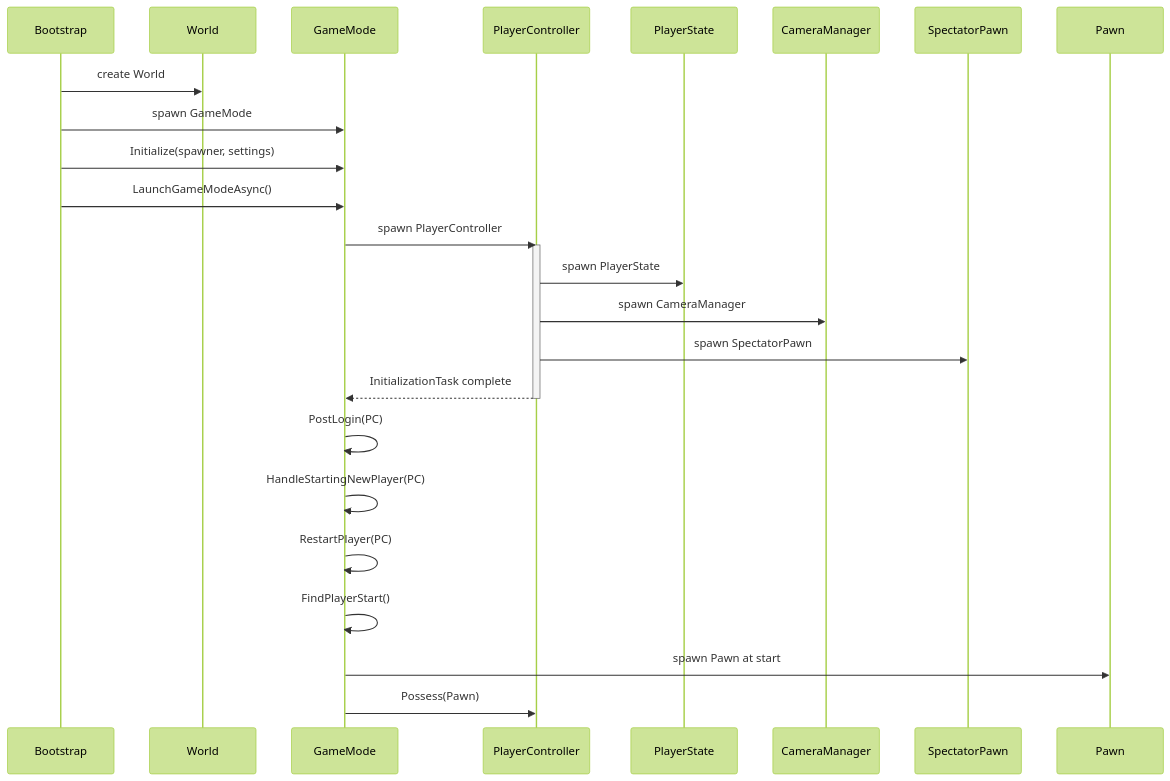
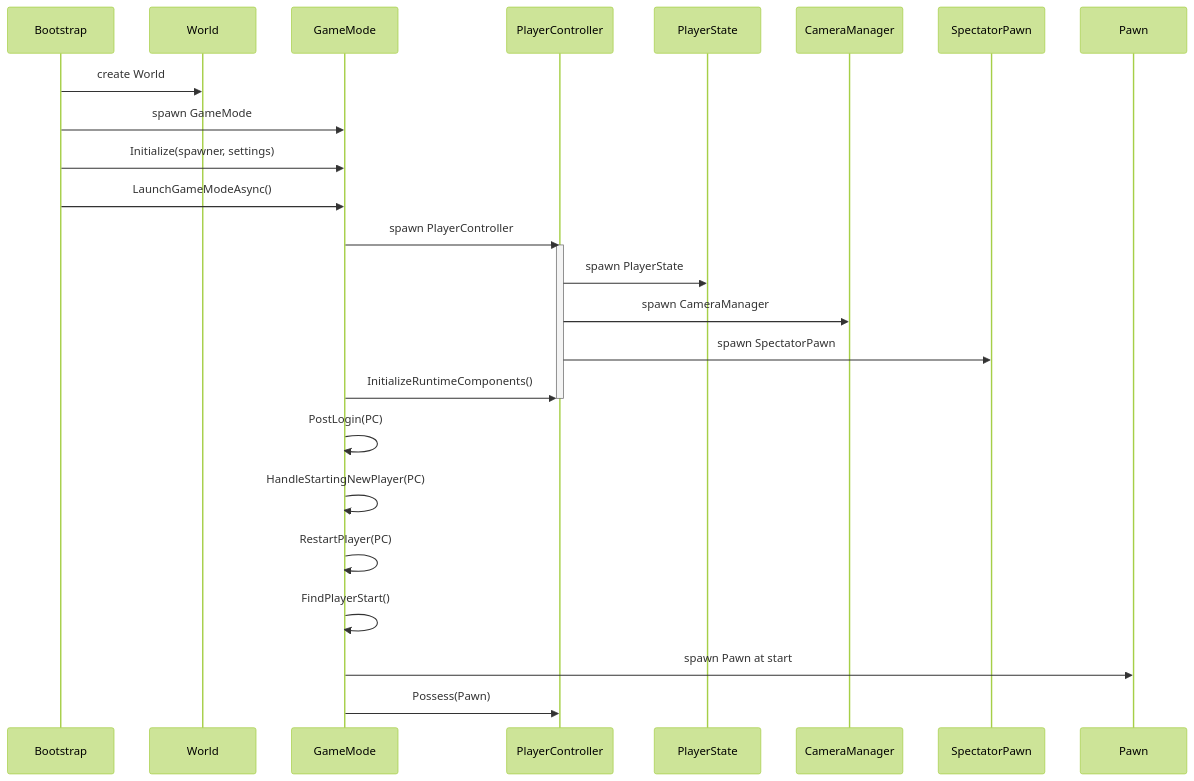
The second of 3 diagrams in Client/UnityPackages/CycloneGames/CycloneGames.GameplayFramework/README.md (MaiKuraki/RhythmPulse), drawn with Mermaid (forest theme) before and after one commit. The commit also changed other lines of this file and 1108 other files, not shown here.

````diff
--- a/Client/UnityPackages/CycloneGames/CycloneGames.GameplayFramework/README.md
+++ b/Client/UnityPackages/CycloneGames/CycloneGames.GameplayFramework/README.md
@@ -119,29 +160,29 @@
 ```mermaid
 sequenceDiagram
     participant Boot as Bootstrap
     participant W as World
     participant GM as GameMode
     participant PC as PlayerController
     participant PS as PlayerState
     participant Cam as CameraManager
     participant SP as SpectatorPawn
     participant Pawn as Pawn
 
     Boot->>W: create World
     Boot->>GM: spawn GameMode
     Boot->>GM: Initialize(spawner, settings)
     Boot->>GM: LaunchGameModeAsync()
     GM->>PC: spawn PlayerController
     activate PC
     PC->>PS: spawn PlayerState
     PC->>Cam: spawn CameraManager
     PC->>SP: spawn SpectatorPawn
-    PC-->>GM: InitializationTask complete
+    GM->>PC: InitializeRuntimeComponents()
     deactivate PC
     GM->>GM: PostLogin(PC)
     GM->>GM: HandleStartingNewPlayer(PC)
     GM->>GM: RestartPlayer(PC)
     GM->>GM: FindPlayerStart()
     GM->>Pawn: spawn Pawn at start
     GM->>PC: Possess(Pawn)
 ```
````
